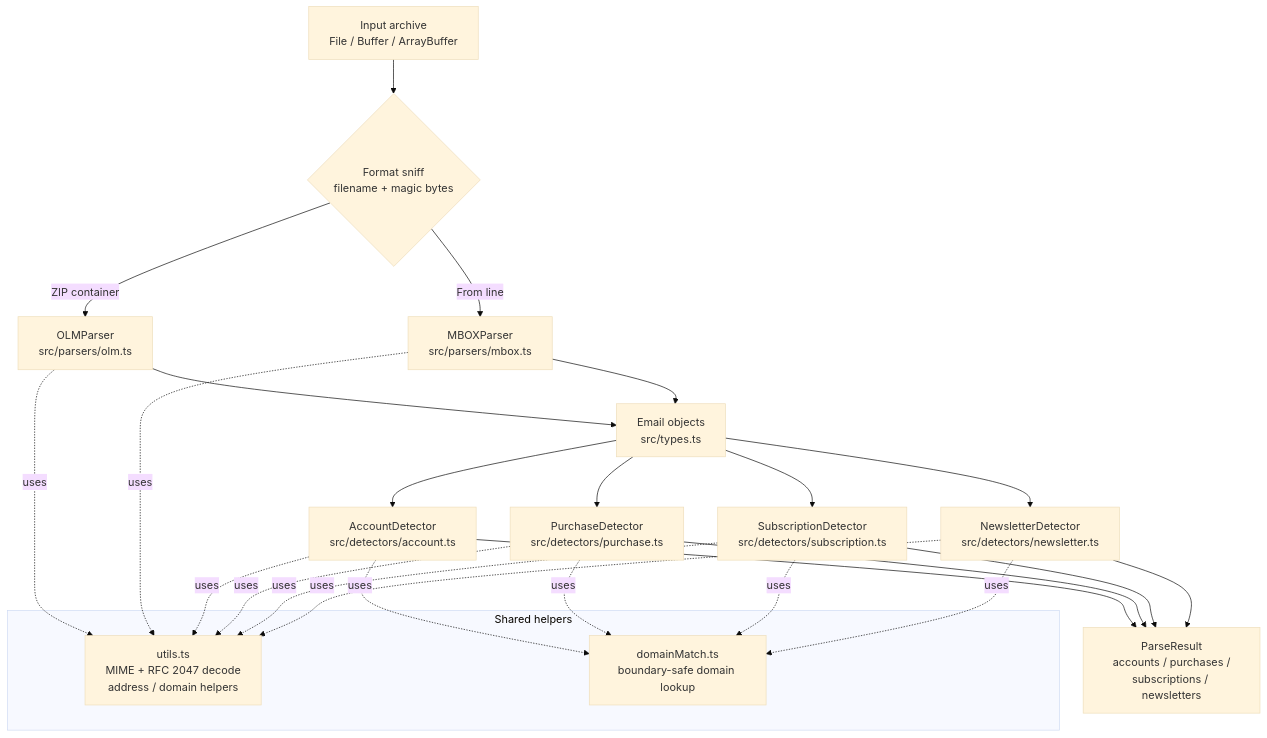
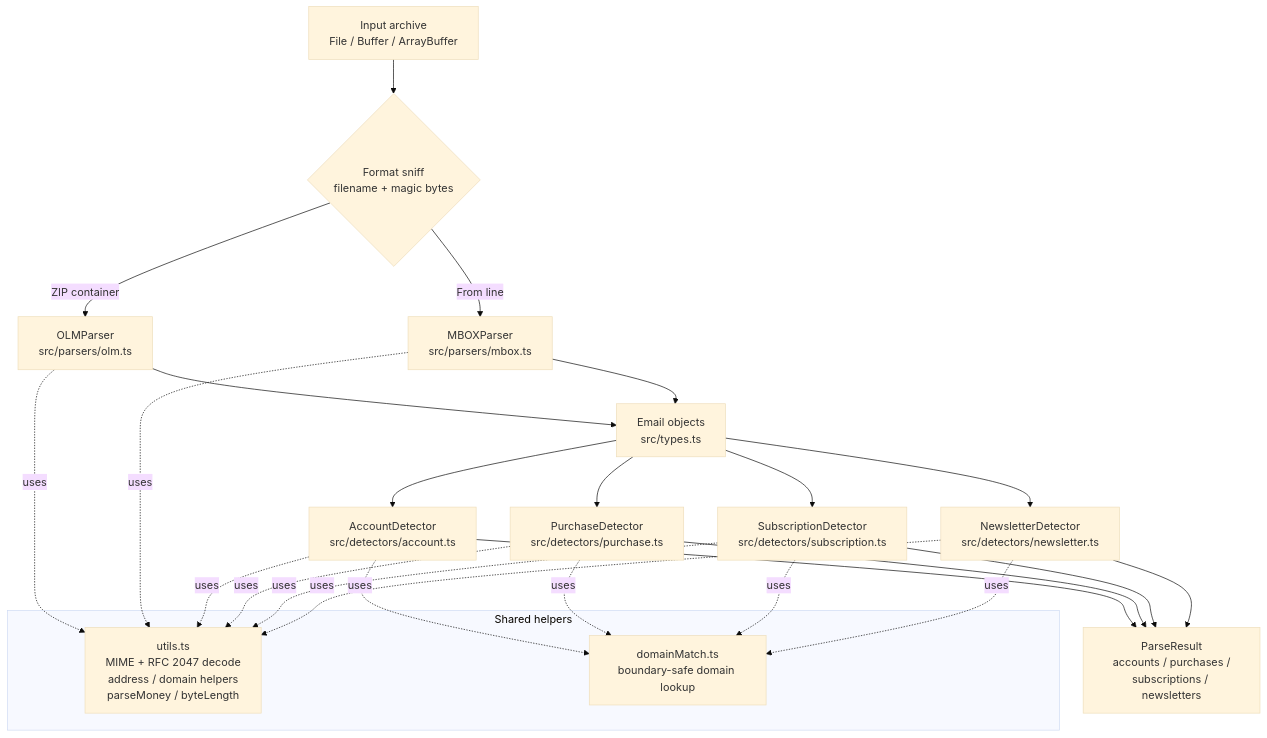
One commit to Technical-1/All-About-Me changed the diagram in public/data/portfolio/email-archive-parser/architecture.md. Above: the diagram before and after it, drawn with Mermaid (base theme). The commit also changed other lines of this file and 63 other files, not shown here.

````diff
--- a/public/data/portfolio/email-archive-parser/architecture.md
+++ b/public/data/portfolio/email-archive-parser/architecture.md
@@ -7,35 +7,35 @@
 ```mermaid
 flowchart TD
     A[Input archive<br/>File / Buffer / ArrayBuffer] --> B{Format sniff<br/>filename + magic bytes}
     B -->|ZIP container| C[OLMParser<br/>src/parsers/olm.ts]
     B -->|From line| D[MBOXParser<br/>src/parsers/mbox.ts]
 
     C --> E[Email objects<br/>src/types.ts]
     D --> E
 
     E --> F[AccountDetector<br/>src/detectors/account.ts]
     E --> G[PurchaseDetector<br/>src/detectors/purchase.ts]
     E --> H[SubscriptionDetector<br/>src/detectors/subscription.ts]
     E --> I[NewsletterDetector<br/>src/detectors/newsletter.ts]
 
     F --> J[ParseResult<br/>accounts / purchases /<br/>subscriptions / newsletters]
     G --> J
     H --> J
     I --> J
 
     subgraph Shared helpers
-        K[utils.ts<br/>MIME + RFC 2047 decode<br/>address / domain helpers]
+        K[utils.ts<br/>MIME + RFC 2047 decode<br/>address / domain helpers<br/>parseMoney / byteLength]
         L[domainMatch.ts<br/>boundary-safe domain lookup]
     end
 
     C -.uses.-> K
     D -.uses.-> K
     F -.uses.-> L
     G -.uses.-> L
     H -.uses.-> L
     I -.uses.-> L
     F -.uses.-> K
     G -.uses.-> K
     H -.uses.-> K
     I -.uses.-> K
 ```
````
